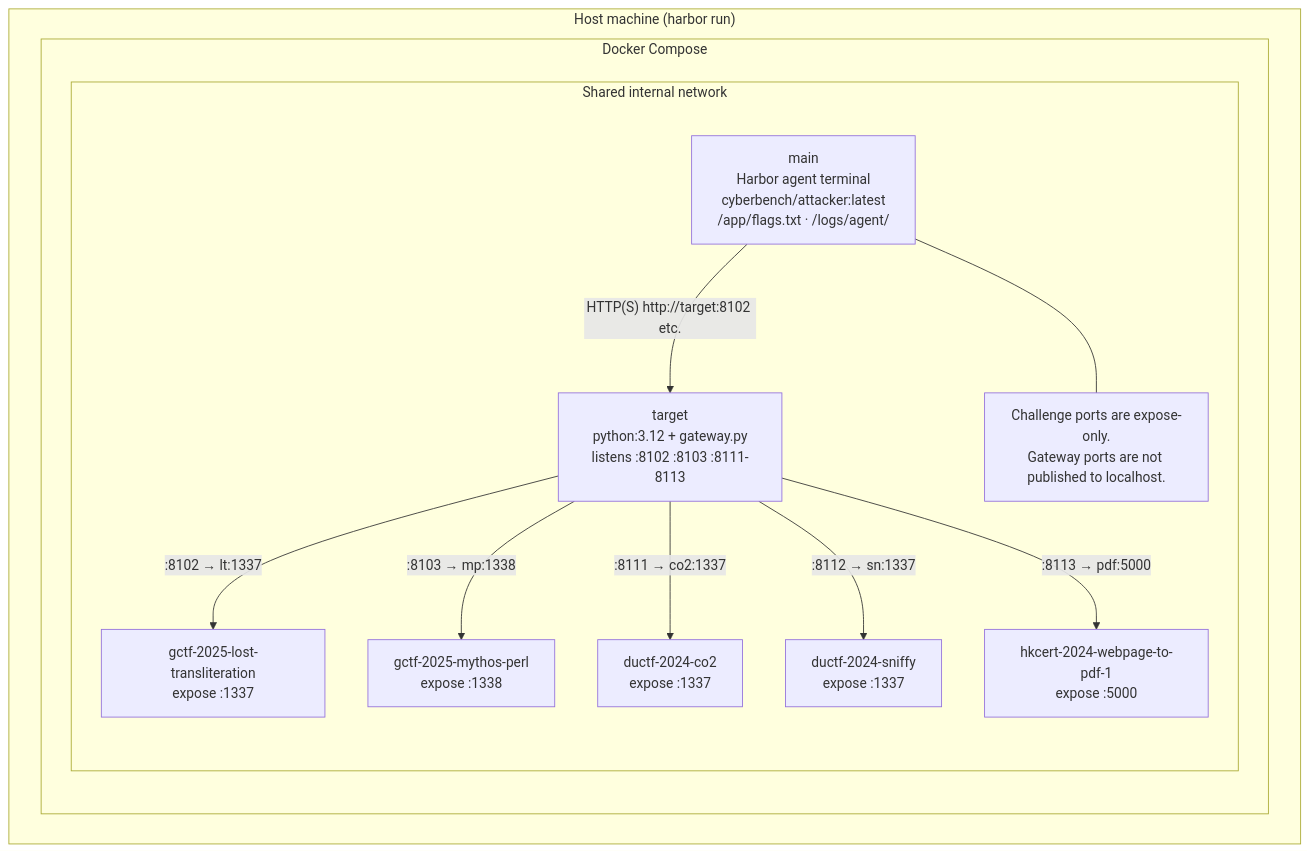
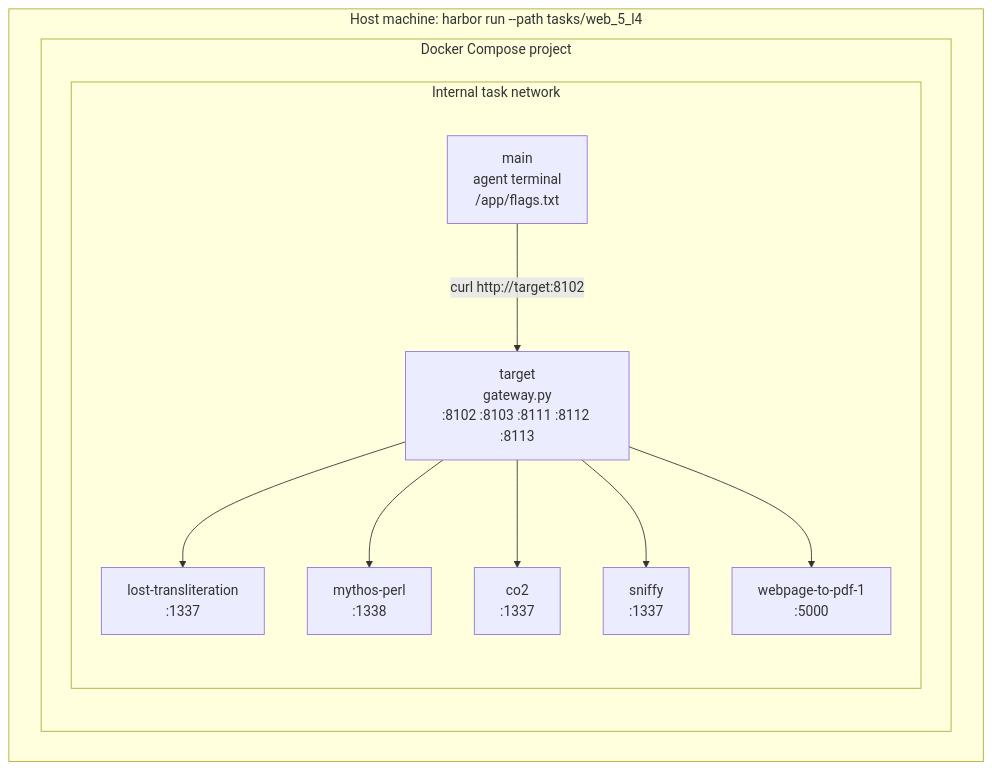
One commit to PilotcrewAI/Cyber-Bench changed the diagram in docs/architecture.md. Above: the diagram before and after it, drawn with Mermaid. The commit also changed other lines of this file and 1 other file, not shown here.

````diff
--- a/docs/architecture.md
+++ b/docs/architecture.md
@@ -71,25 +91,23 @@
 ```mermaid
 flowchart TB
-    subgraph Host["Host machine (harbor run)"]
-        subgraph Docker["Docker Compose"]
-            subgraph Net["Shared internal network"]
-                main["main\nHarbor agent terminal\ncyberbench/attacker:latest\n/app/flags.txt · /logs/agent/"]
-                gw["target\npython:3.12 + gateway.py\nlistens :8102 :8103 :8111-8113"]
-                lt["gctf-2025-lost-transliteration\nexpose :1337"]
-                mp["gctf-2025-mythos-perl\nexpose :1338"]
-                co2["ductf-2024-co2\nexpose :1337"]
-                sn["ductf-2024-sniffy\nexpose :1337"]
-                pdf["hkcert-2024-webpage-to-pdf-1\nexpose :5000"]
-                tip["Challenge ports are expose-only.\nGateway ports are not published to localhost."]
+    subgraph Host["Host machine: harbor run --path tasks/web_5_l4"]
+        subgraph Docker["Docker Compose project"]
+            subgraph Net["Internal task network"]
+                main["main\nagent terminal\n/app/flags.txt"]
+                target["target\ngateway.py\n:8102 :8103 :8111 :8112 :8113"]
+                lt["lost-transliteration\n:1337"]
+                mp["mythos-perl\n:1338"]
+                co2["co2\n:1337"]
+                sn["sniffy\n:1337"]
+                pdf["webpage-to-pdf-1\n:5000"]
             end
         end
     end
 
-    main -->|"HTTP(S) http://target:8102 etc."| gw
-    gw -->|":8102 → lt:1337"| lt
-    gw -->|":8103 → mp:1338"| mp
-    gw -->|":8111 → co2:1337"| co2
-    gw -->|":8112 → sn:1337"| sn
-    gw -->|":8113 → pdf:5000"| pdf
-    main --- tip
+    main -->|"curl http://target:8102"| target
+    target --> lt
+    target --> mp
+    target --> co2
+    target --> sn
+    target --> pdf
 ```
````
